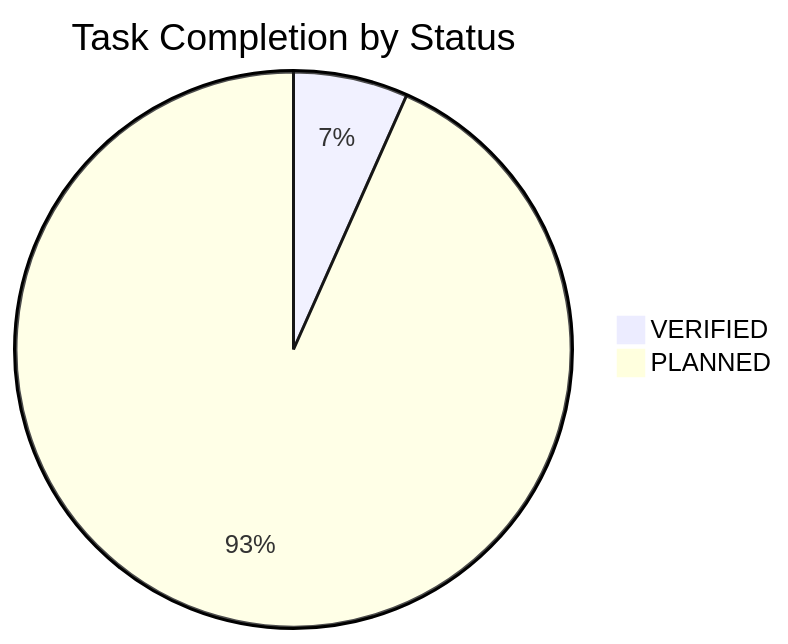
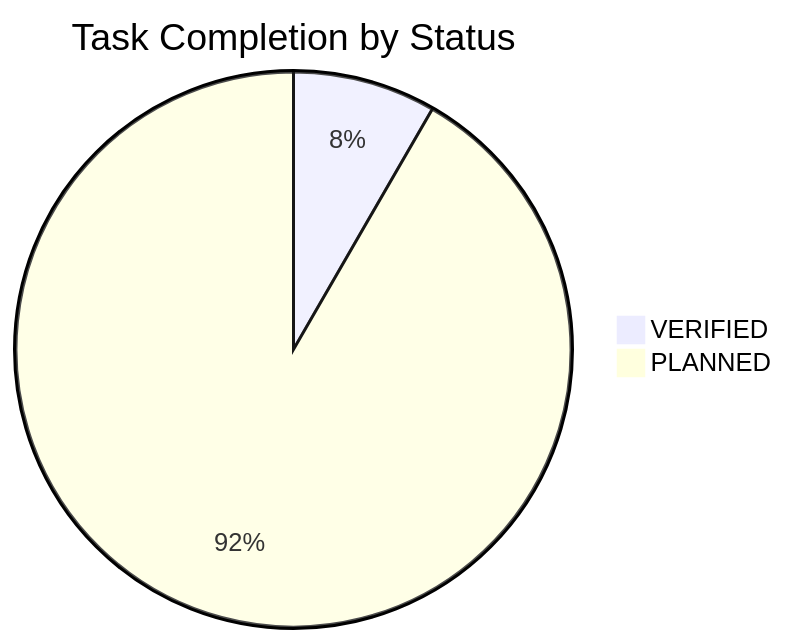
One commit to NguyenTriBaoThang/ClearWayAI changed the diagram in docs/TASK_BOARD.md. Above: the diagram before and after it, drawn with Mermaid. The commit also changed other lines of this file and 3 other files, not shown here.

````diff
--- a/docs/TASK_BOARD.md
+++ b/docs/TASK_BOARD.md
@@ -16,5 +16,5 @@
 ```mermaid
 pie title Task Completion by Status
-    "VERIFIED" : 4
-    "PLANNED" : 56
+    "VERIFIED" : 5
+    "PLANNED" : 55
 ```
````
